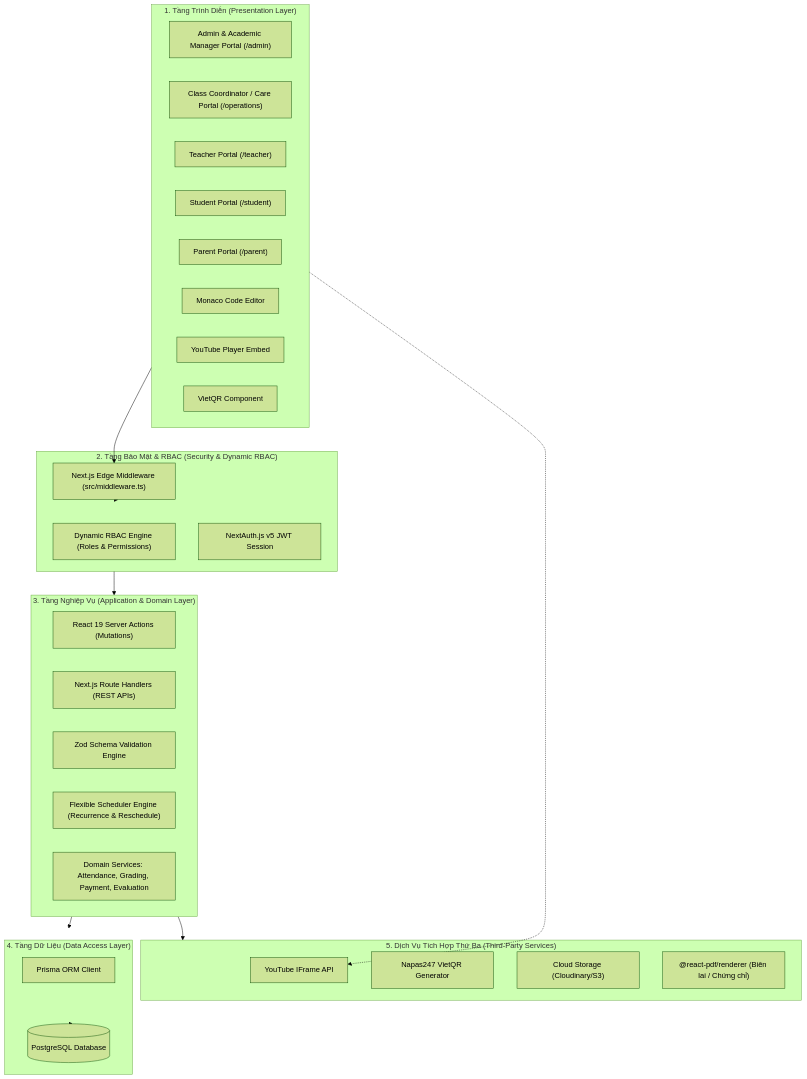
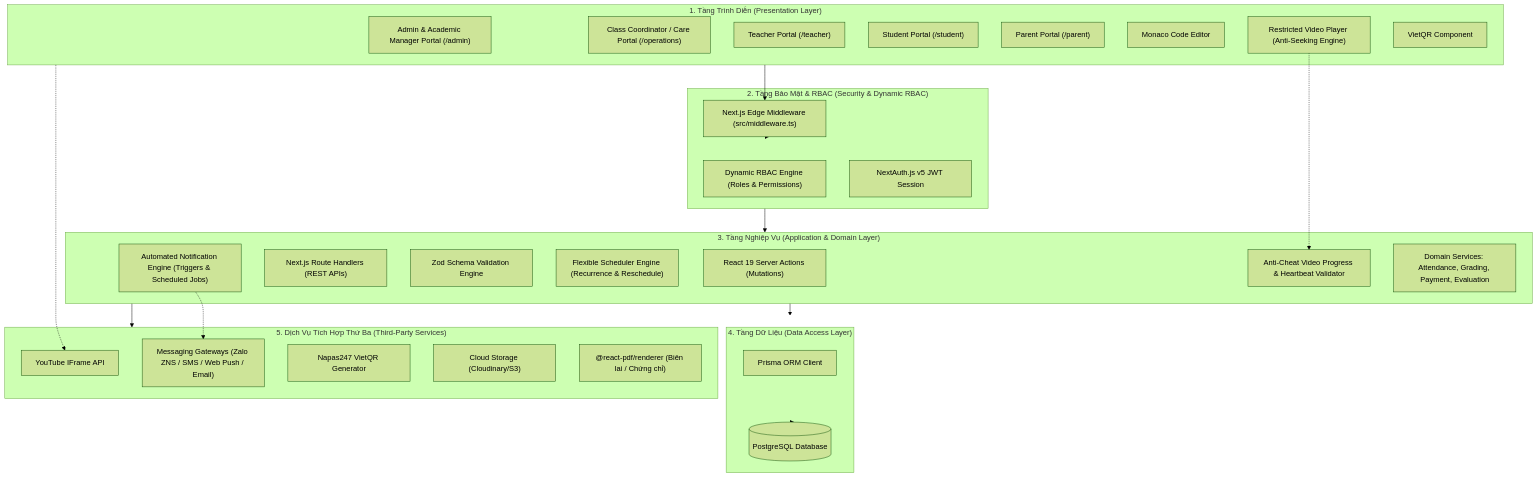
Before and after one commit to thang1834/lms: the first of 3 diagrams in docs/architecture.md, drawn with Mermaid (forest theme). The commit also changed other lines of this file and 5 other files, not shown here.

Commit message:
feat(docs): add notification engine, anti-seeking video player, and dual online learning specs

````diff
--- a/docs/architecture.md
+++ b/docs/architecture.md
@@ -14,47 +14,52 @@
 ```mermaid
 graph TD
     subgraph ClientLayer ["1. Tầng Trình Diễn (Presentation Layer)"]
         AdminUI["Admin & Academic Manager Portal (/admin)"]
         CoordUI["Class Coordinator / Care Portal (/operations)"]
         TeacherUI["Teacher Portal (/teacher)"]
         StudentUI["Student Portal (/student)"]
         ParentUI["Parent Portal (/parent)"]
         Monaco["Monaco Code Editor"]
-        YTPlayer["YouTube Player Embed"]
+        RestrictedPlayer["Restricted Video Player (Anti-Seeking Engine)"]
         QRCard["VietQR Component"]
     end
 
     subgraph SecurityLayer ["2. Tầng Bảo Mật & RBAC (Security & Dynamic RBAC)"]
         Middleware["Next.js Edge Middleware (src/middleware.ts)"]
         RBACEngine["Dynamic RBAC Engine (Roles & Permissions)"]
         JWT["NextAuth.js v5 JWT Session"]
     end
 
     subgraph ApplicationLayer ["3. Tầng Nghiệp Vụ (Application & Domain Layer)"]
         ServerActions["React 19 Server Actions (Mutations)"]
         RouteHandlers["Next.js Route Handlers (REST APIs)"]
         ZodValidator["Zod Schema Validation Engine"]
         SchedulerService["Flexible Scheduler Engine (Recurrence & Reschedule)"]
+        NotificationEngine["Automated Notification Engine (Triggers & Scheduled Jobs)"]
+        VideoSecurityEngine["Anti-Cheat Video Progress & Heartbeat Validator"]
         Services["Domain Services: Attendance, Grading, Payment, Evaluation"]
     end
 
     subgraph DataLayer ["4. Tầng Dữ Liệu (Data Access Layer)"]
         Prisma["Prisma ORM Client"]
         Postgres[(PostgreSQL Database)]
     end
 
     subgraph ExternalServices ["5. Dịch Vụ Tích Hợp Thứ Ba (Third-Party Services)"]
         YouTube["YouTube IFrame API"]
+        MessagingGateways["Messaging Gateways (Zalo ZNS / SMS / Web Push / Email)"]
         VietQR["Napas247 VietQR Generator"]
         Storage["Cloud Storage (Cloudinary/S3)"]
         PDFGen["@react-pdf/renderer (Biên lai / Chứng chỉ)"]
     end
 
     ClientLayer --> Middleware
     Middleware --> SecurityLayer
     SecurityLayer --> ApplicationLayer
     ApplicationLayer --> DataLayer
     DataLayer --> Postgres
     ApplicationLayer --> ExternalServices
     ClientLayer -.-> YouTube
+    RestrictedPlayer -.-> VideoSecurityEngine
+    NotificationEngine -.-> MessagingGateways
 ```
````
